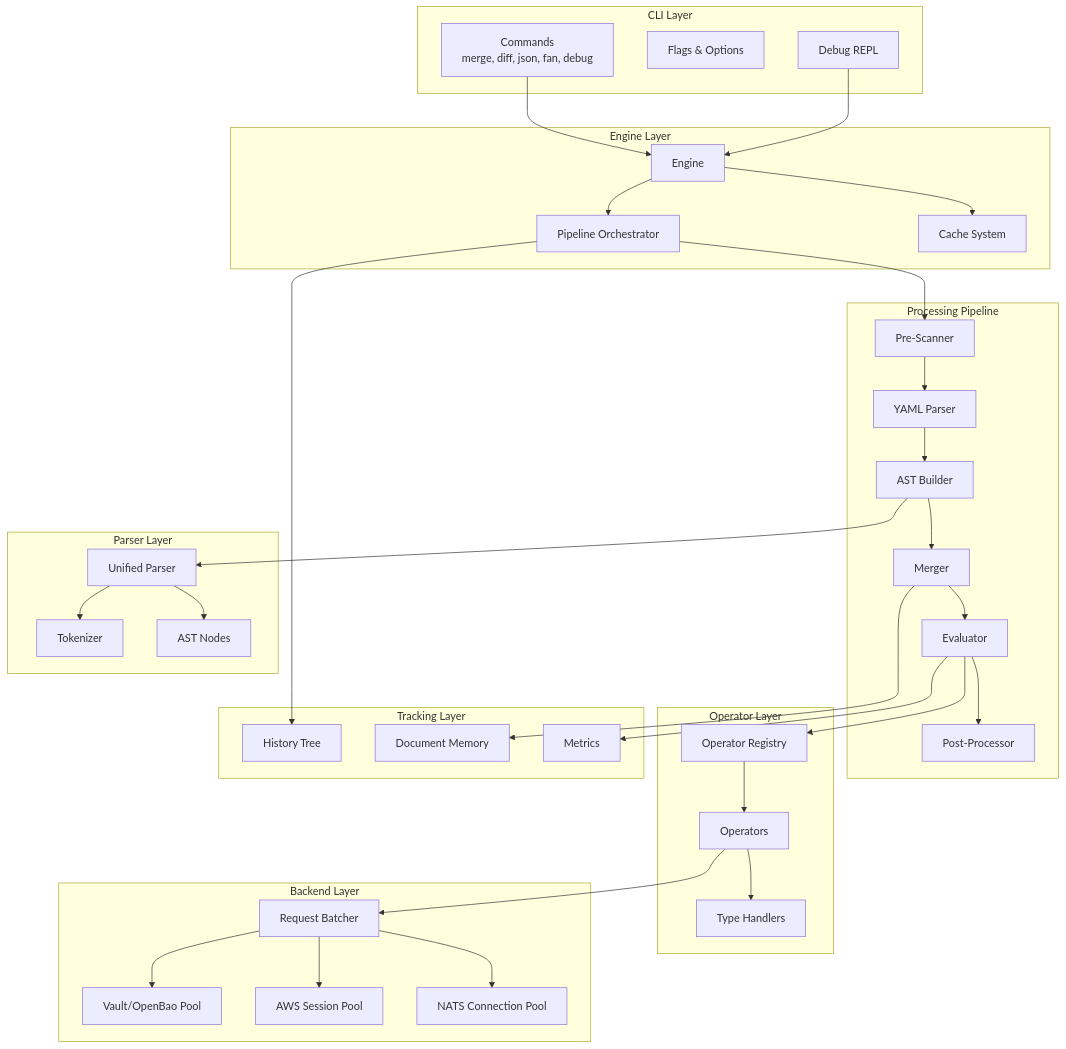
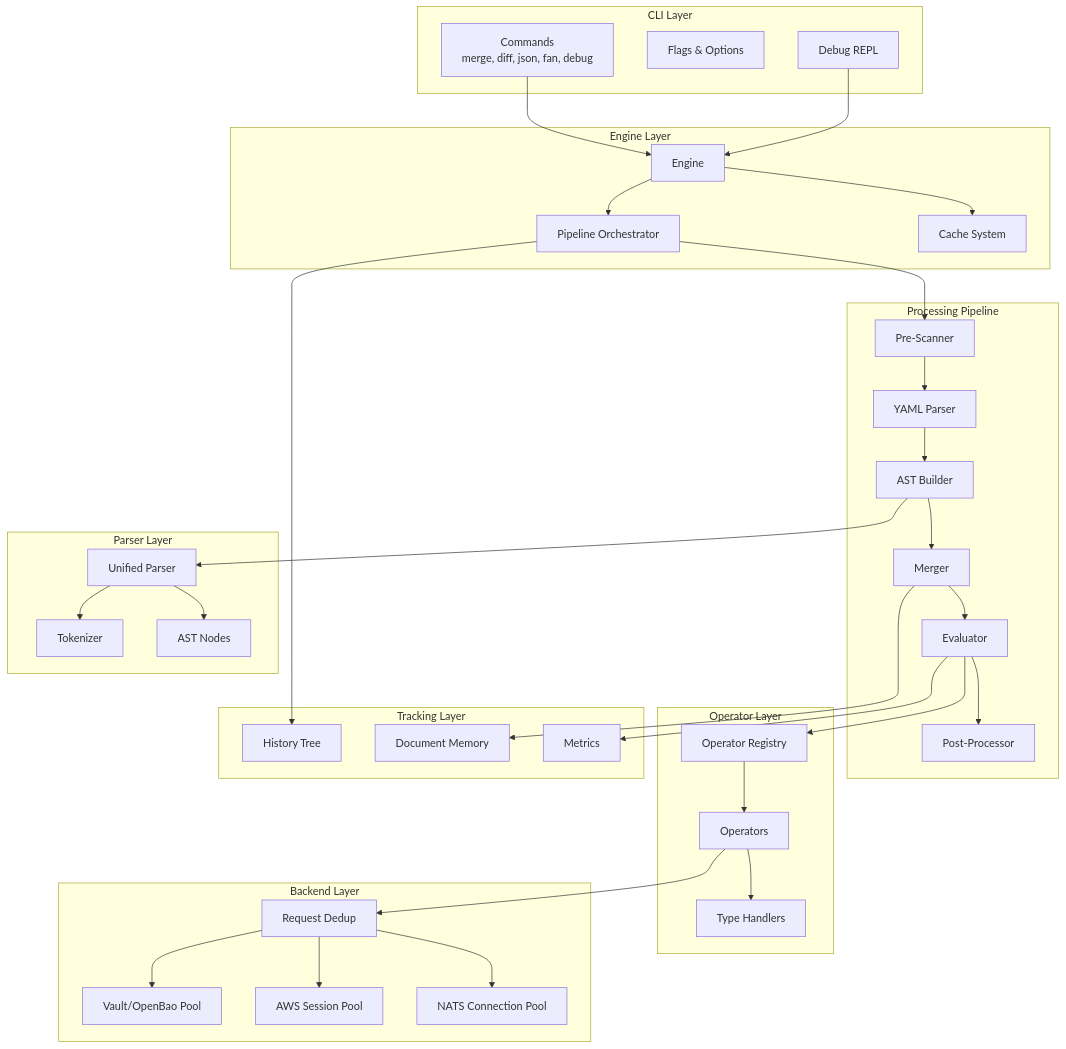
The first of 3 diagrams in docs/architecture/index.md (fivetwenty-io/graft), drawn with Mermaid before and after one commit. The commit also changed other lines of this file and 15 other files, not shown here.

````diff
--- a/docs/architecture/index.md
+++ b/docs/architecture/index.md
@@ -29,72 +31,72 @@
 ```mermaid
 graph TB
     subgraph CLI["CLI Layer"]
         CMD[Commands<br/>merge, diff, json, fan, debug]
         FLAGS[Flags & Options]
         REPL[Debug REPL]
     end
 
     subgraph Engine["Engine Layer"]
         ENG[Engine]
         PIPE[Pipeline Orchestrator]
         CACHE[Cache System]
     end
 
     subgraph Pipeline["Processing Pipeline"]
         PRESCAN[Pre-Scanner]
         YAMLPARSE[YAML Parser]
         ASTBUILD[AST Builder]
         MERGE[Merger]
         EVAL[Evaluator]
         POSTPROC[Post-Processor]
     end
 
     subgraph Parser["Parser Layer"]
         UP[Unified Parser]
         TOK[Tokenizer]
         AST[AST Nodes]
     end
 
     subgraph Operators["Operator Layer"]
         REG[Operator Registry]
         OPS[Operators]
         TYPE[Type Handlers]
     end
 
     subgraph Backends["Backend Layer"]
         VAULT[Vault/OpenBao Pool]
         AWS[AWS Session Pool]
         NATS[NATS Connection Pool]
-        BATCH[Request Batcher]
+        DEDUP[Request Dedup]
     end
 
     subgraph Tracking["Tracking Layer"]
         HIST[History Tree]
         MEM[Document Memory]
         METRICS[Metrics]
     end
 
     CMD --> ENG
     REPL --> ENG
     ENG --> PIPE
     PIPE --> PRESCAN
     PRESCAN --> YAMLPARSE
     YAMLPARSE --> ASTBUILD
     ASTBUILD --> UP
     UP --> TOK
     UP --> AST
     ASTBUILD --> MERGE
     MERGE --> EVAL
     EVAL --> REG
     REG --> OPS
     OPS --> TYPE
-    OPS --> BATCH
-    BATCH --> VAULT
-    BATCH --> AWS
-    BATCH --> NATS
+    OPS --> DEDUP
+    DEDUP --> VAULT
+    DEDUP --> AWS
+    DEDUP --> NATS
     EVAL --> POSTPROC
     ENG --> CACHE
     PIPE --> HIST
     MERGE --> MEM
     EVAL --> METRICS
 ```
````
